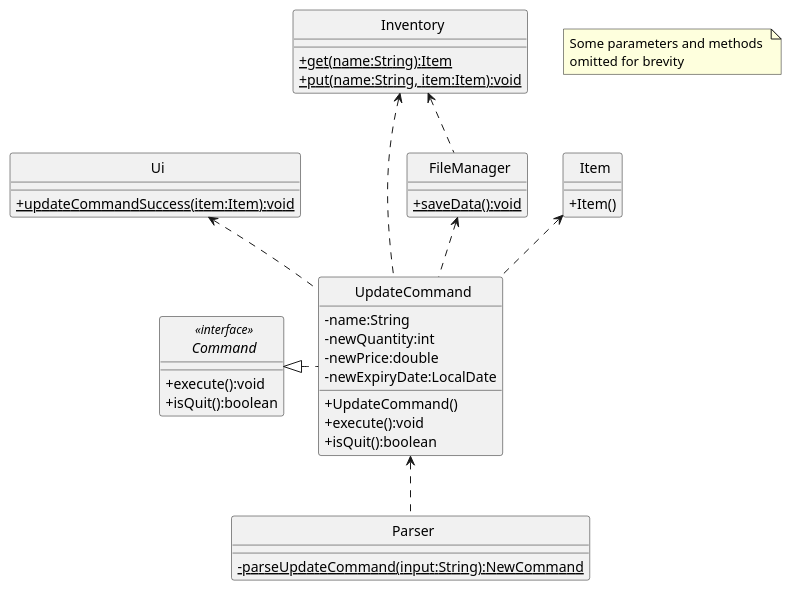
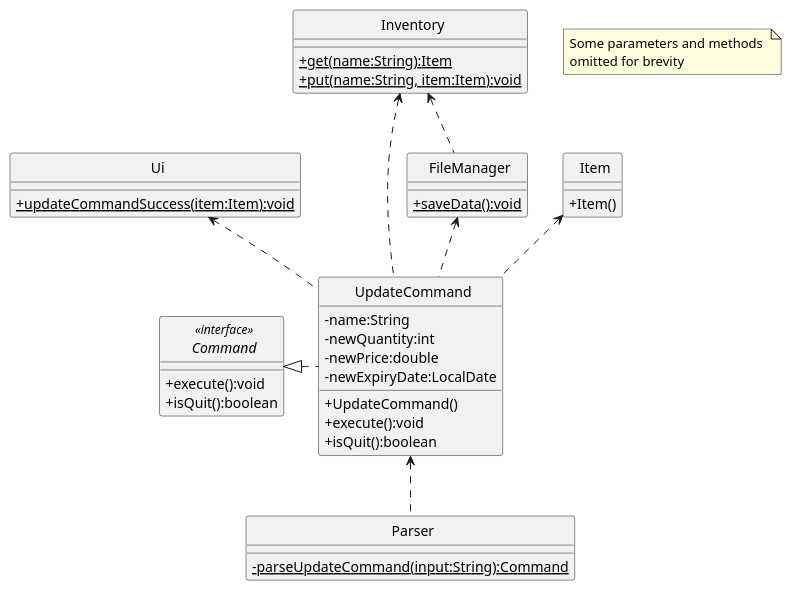
Before and after one commit to rismm/tp: the first of 2 diagrams in docs/uml-diagrams/UpdateCommand.puml, drawn with PlantUML. The commit also changed 31 other files, not shown here.

Commit message:
Add Revenue and Profit UML, Edit return type in other Command UMLs

```diff
--- a/docs/uml-diagrams/UpdateCommand.puml
+++ b/docs/uml-diagrams/UpdateCommand.puml
@@ -1,61 +1,61 @@
 @startuml
 'https://plantuml.com/class-diagram
 skinparam classAttributeIconSize 0
 skinparam CircledCharacterFontSize 0
 skinparam CircledCharacterRadius 0
 
 interface Command
 class Ui
 class Inventory
 class Item
 class UpdateCommand
 class Parser
 class FileManager
 
 UpdateCommand <.. Parser
 Command <|. UpdateCommand
 Ui <.. UpdateCommand
 Inventory <.. UpdateCommand
 Item <.. UpdateCommand
 FileManager <.. UpdateCommand
 Inventory <.. FileManager
 
 interface Command <<interface>> {
     +execute():void
     +isQuit():boolean
 }
 
 class UpdateCommand {
     -name:String
     -newQuantity:int
     -newPrice:double
     -newExpiryDate:LocalDate
     +UpdateCommand()
     +execute():void
     +isQuit():boolean
 }
 
 class Item {
     +Item()
 }
 
 class Ui {
     {static}+updateCommandSuccess(item:Item):void
 }
 
 class Parser {
-    {static}-parseUpdateCommand(input:String):NewCommand
+    {static}-parseUpdateCommand(input:String):Command
 }
 
 class Inventory {
     {static}+get(name:String):Item
     {static}+put(name:String, item:Item):void
 }
 
 class FileManager {
     {static}+saveData():void
 }
 
 note "Some parameters and methods \nomitted for brevity" as n1
 
 @enduml
```
